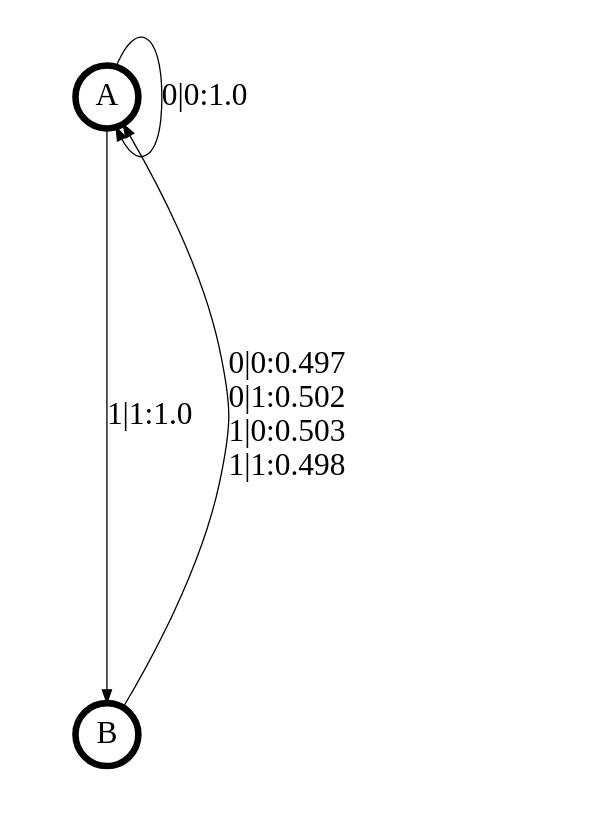
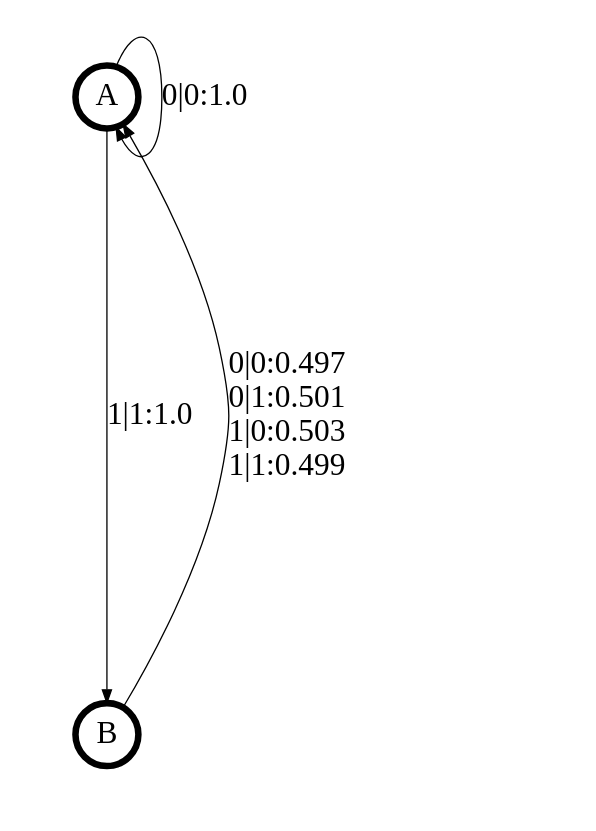
One commit to ddarmon/transCSSR changed the diagram in transCSSR_results/Xt_odd-random-channel+Yt_odd-random-channel.dot. Above: the diagram before and after it, drawn with Graphviz. The commit also changed 10 other files, not shown here.

```diff
--- a/transCSSR_results/Xt_odd-random-channel+Yt_odd-random-channel.dot
+++ b/transCSSR_results/Xt_odd-random-channel+Yt_odd-random-channel.dot
@@ -1,15 +1,15 @@
 digraph  {
 size = "6,8.5";
 ratio = "fill";
 node
 [shape = circle];
 node [fontsize = 24];
 node [penwidth = 5];
 edge [fontsize = 24];
 node [fontname = "CMU Serif Roman"];
 graph [fontname = "CMU Serif Roman"];
 edge [fontname = "CMU Serif Roman"];
 A -> A [label = "0|0:1.0\l"];
 A -> B [label = "1|1:1.0\l"];
-B -> A [label = "0|0:0.497\l0|1:0.502\l1|0:0.503\l1|1:0.498\l"];
+B -> A [label = "0|0:0.497\l0|1:0.501\l1|0:0.503\l1|1:0.499\l"];
 }
```
